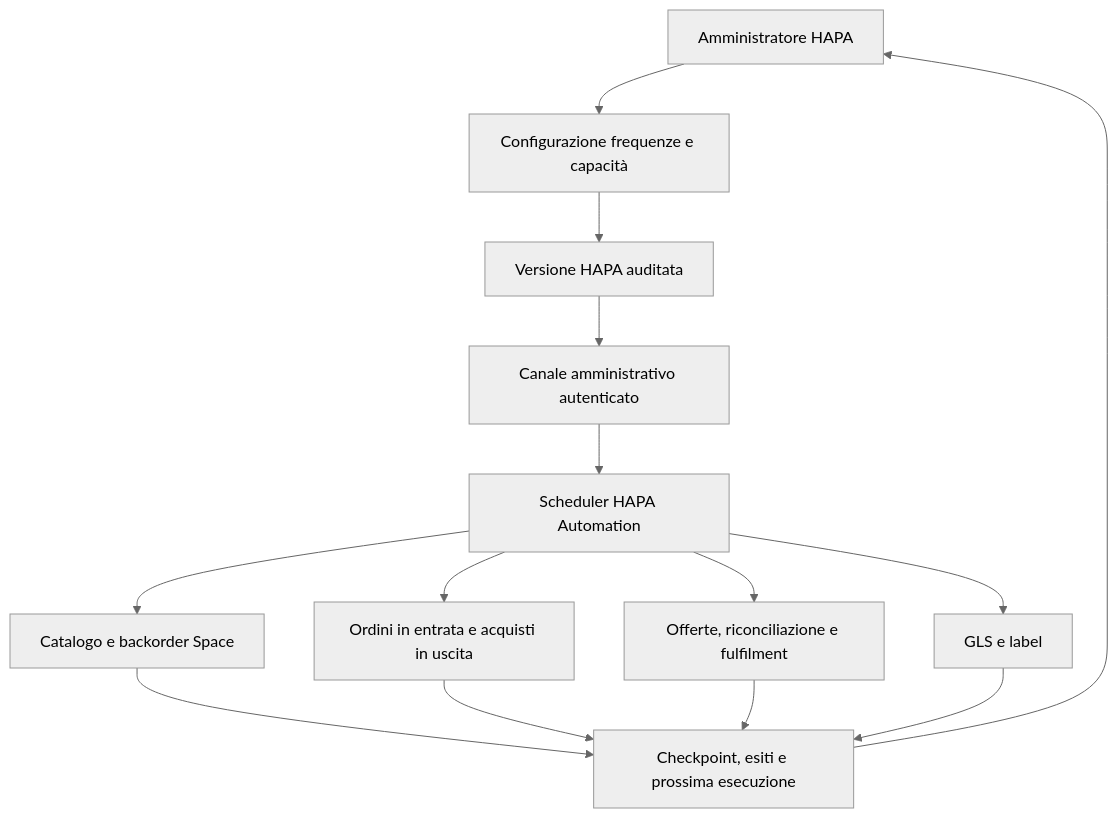
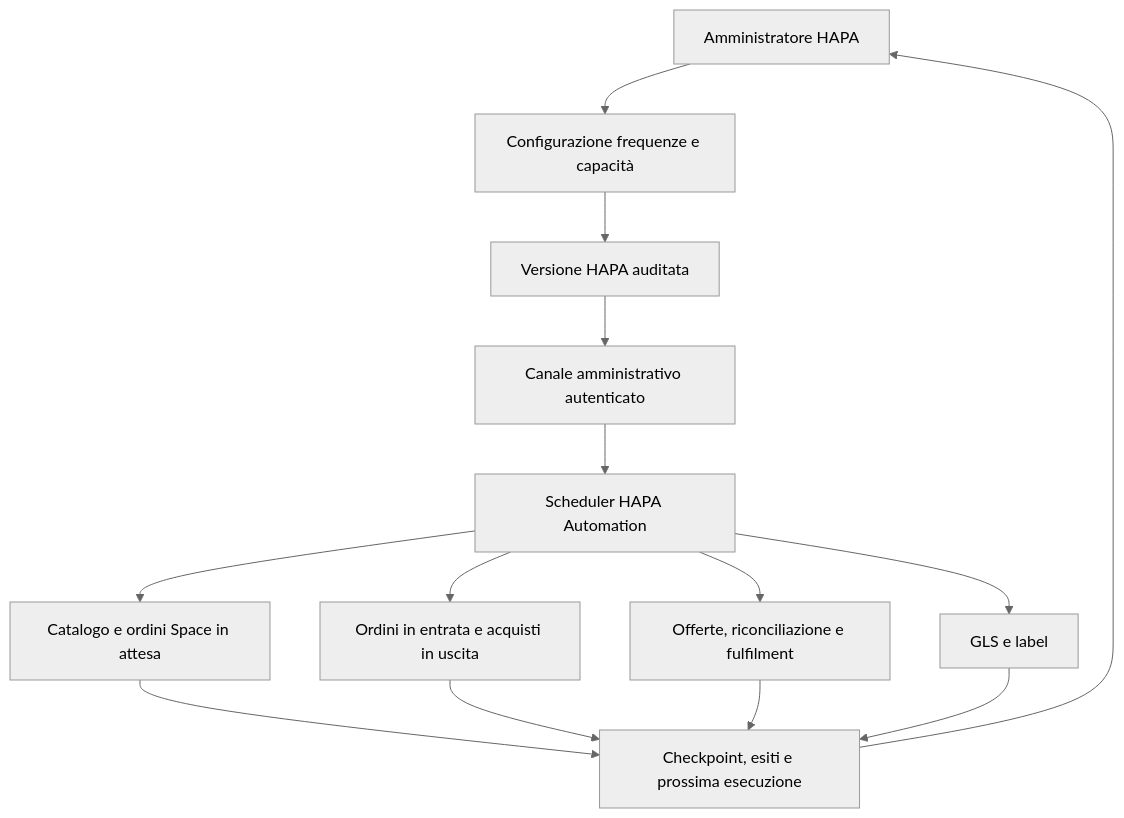
The third of 3 diagrams in docs/SYSTEM_NOTES.md (jellero/hapa), drawn with Mermaid (neutral theme) before and after one commit. The commit also changed other lines of this file, not shown here.

Commit message:
Chiarisci identità login e flusso picking Space

````diff
--- a/docs/SYSTEM_NOTES.md
+++ b/docs/SYSTEM_NOTES.md
@@ -367,16 +437,16 @@
 ```mermaid
 flowchart TB
     Admin["Amministratore HAPA"] --> ScheduleConfig["Configurazione frequenze e capacità"]
     ScheduleConfig --> VersionedConfig["Versione HAPA auditata"]
     VersionedConfig --> AutomationAdmin["Canale amministrativo autenticato"]
     AutomationAdmin --> Scheduler["Scheduler HAPA Automation"]
-    Scheduler --> SpaceJobs["Catalogo e backorder Space"]
+    Scheduler --> SpaceJobs["Catalogo e ordini Space in attesa"]
     Scheduler --> OrderJobs["Ordini in entrata e acquisti in uscita"]
     Scheduler --> MarketplaceJobs["Offerte, riconciliazione e fulfilment"]
     Scheduler --> ShippingJobs["GLS e label"]
     SpaceJobs --> TechnicalStatus["Checkpoint, esiti e prossima esecuzione"]
     OrderJobs --> TechnicalStatus
     MarketplaceJobs --> TechnicalStatus
     ShippingJobs --> TechnicalStatus
     TechnicalStatus --> Admin
 ```
````
